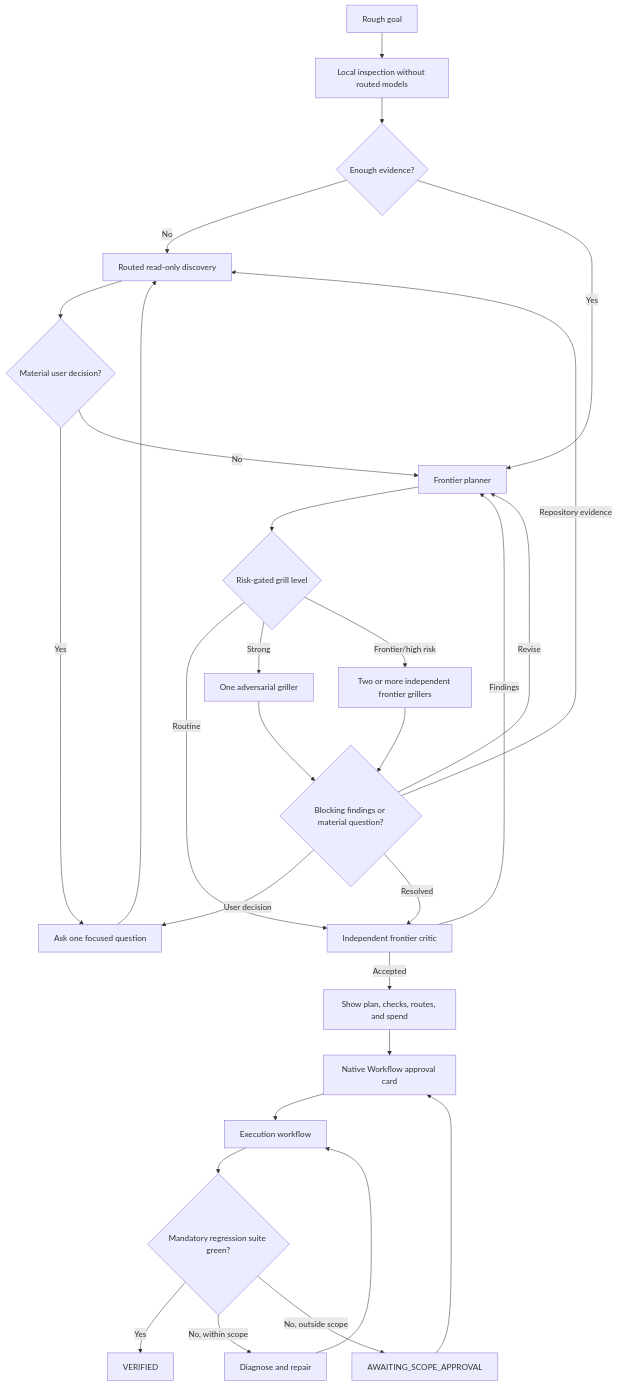
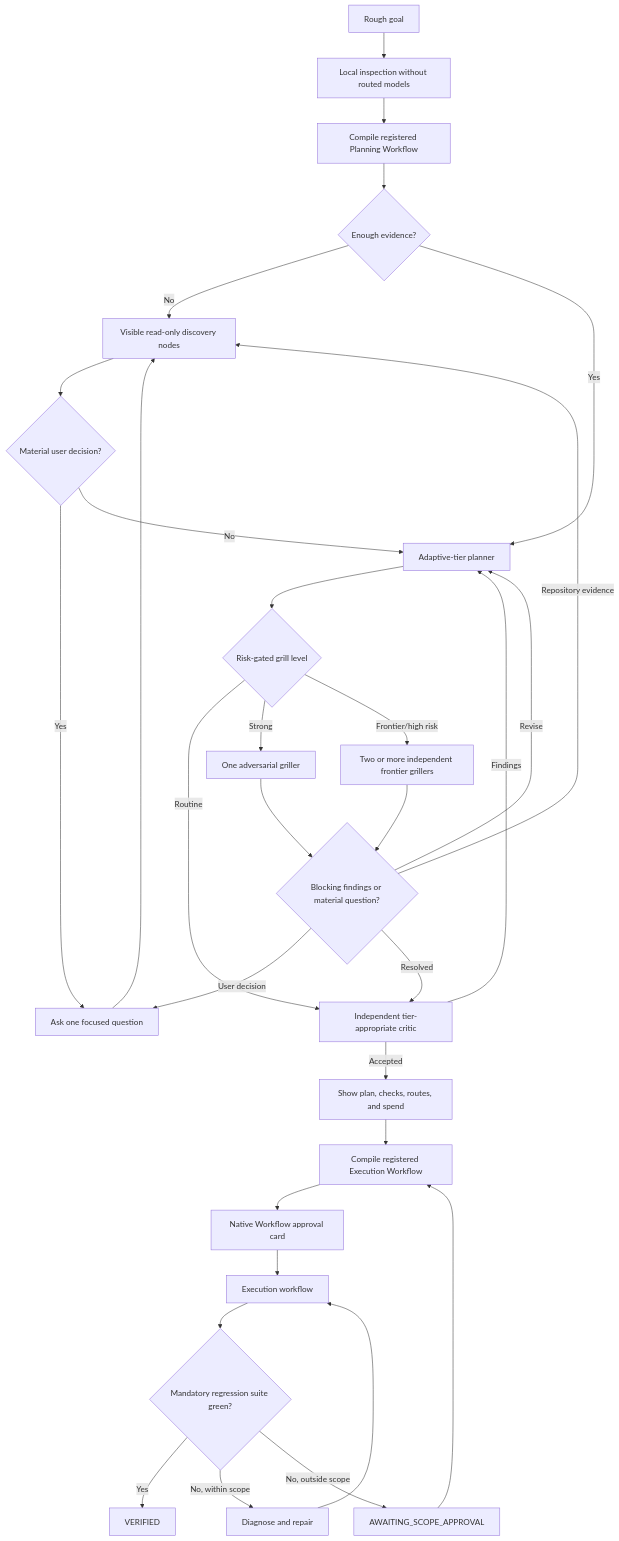
One commit to gerasim13/route-coding-agents changed the first of 2 diagrams in docs/plans/2026-07-23-adaptive-start-workflow.md. Above: the diagram before and after it, drawn with Mermaid. The commit also changed other lines of this file and 23 other files, not shown here.

Commit message:
feat: add adaptive visible workflow controller

````diff
--- a/docs/plans/2026-07-23-adaptive-start-workflow.md
+++ b/docs/plans/2026-07-23-adaptive-start-workflow.md
@@ -110,31 +139,33 @@
 ```mermaid
 flowchart TD
     A["Rough goal"] --> B["Local inspection without routed models"]
-    B --> C{"Enough evidence?"}
-    C -- "No" --> D["Routed read-only discovery"]
+    B --> W["Compile registered Planning Workflow"]
+    W --> C{"Enough evidence?"}
+    C -- "No" --> D["Visible read-only discovery nodes"]
     D --> E{"Material user decision?"}
     E -- "Yes" --> F["Ask one focused question"]
     F --> D
-    E -- "No" --> G["Frontier planner"]
+    E -- "No" --> G["Adaptive-tier planner"]
     C -- "Yes" --> G
     G --> H{"Risk-gated grill level"}
-    H -- "Routine" --> K["Independent frontier critic"]
+    H -- "Routine" --> K["Independent tier-appropriate critic"]
     H -- "Strong" --> I["One adversarial griller"]
     H -- "Frontier/high risk" --> J["Two or more independent frontier grillers"]
     I --> R{"Blocking findings or material question?"}
     J --> R
     R -- "Repository evidence" --> D
     R -- "User decision" --> F
     R -- "Revise" --> G
     R -- "Resolved" --> K
     K -- "Findings" --> G
     K -- "Accepted" --> L["Show plan, checks, routes, and spend"]
-    L --> M["Native Workflow approval card"]
-    M --> N["Execution workflow"]
+    L --> M["Compile registered Execution Workflow"]
+    M --> A1["Native Workflow approval card"]
+    A1 --> N["Execution workflow"]
     N --> O{"Mandatory regression suite green?"}
     O -- "Yes" --> P["VERIFIED"]
     O -- "No, within scope" --> Q["Diagnose and repair"]
     Q --> N
     O -- "No, outside scope" --> S["AWAITING_SCOPE_APPROVAL"]
     S --> M
 ```
````
